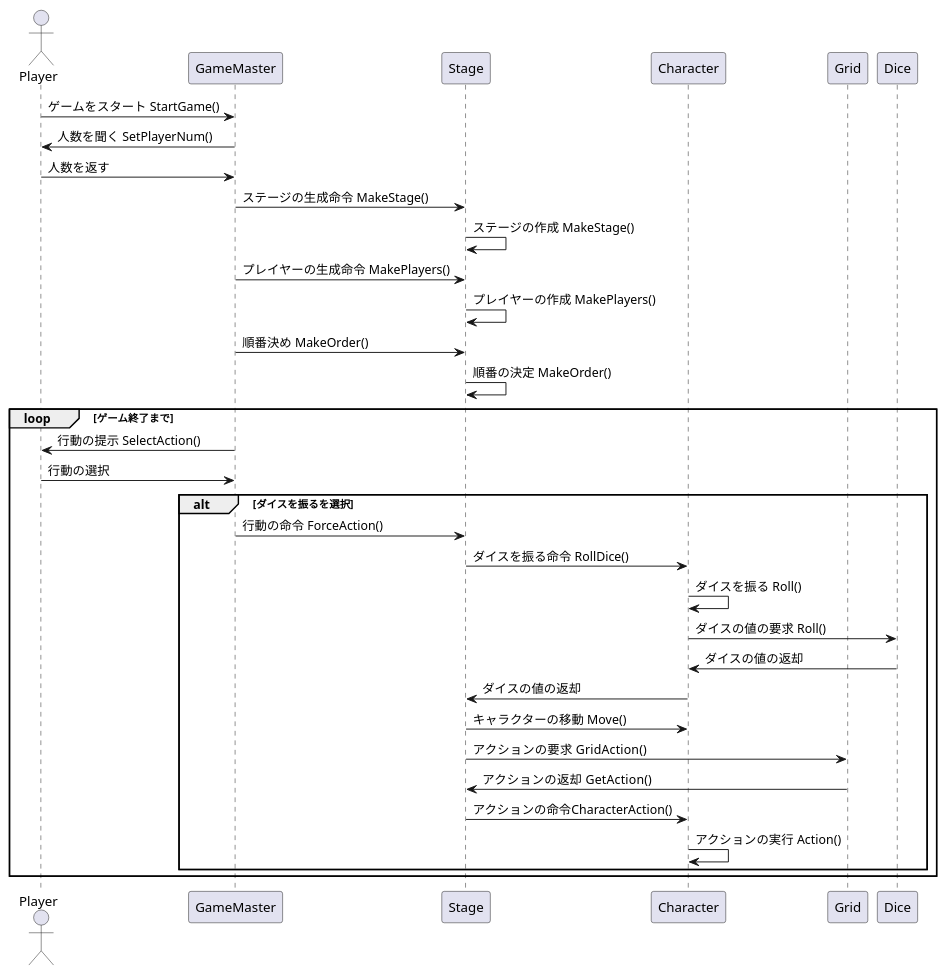
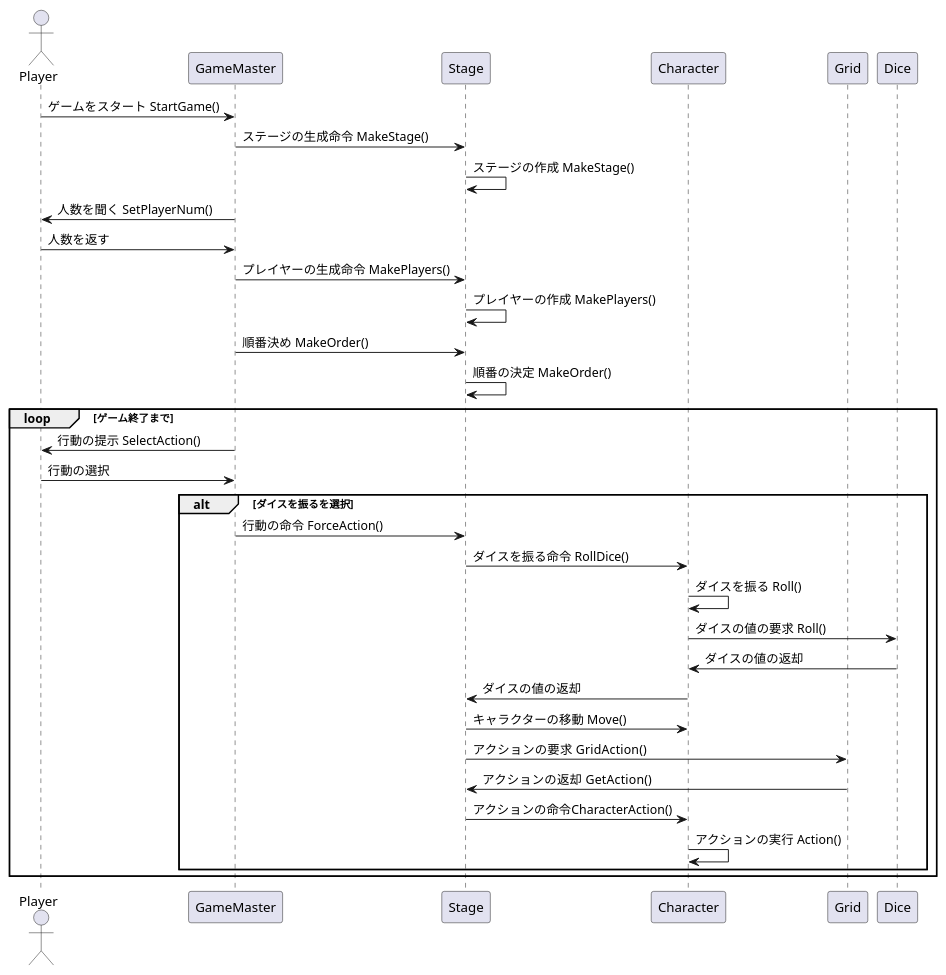
Before and after one commit to Hikaru-Tokuzato/-project: the diagram in すごろくproject/Assets/sugoroku.puml, drawn with PlantUML. The commit also changed other lines of this file, not shown here.

Commit message:
fix sequence DIagram

```diff
--- a/すごろくproject/Assets/sugoroku.puml
+++ b/すごろくproject/Assets/sugoroku.puml
@@ -1,40 +1,40 @@
 @startuml
 actor Player
 participant GameMaster
 participant Stage
 participant Character
 participant Grid
 participant Dice
 
 Player -> GameMaster : ゲームをスタート StartGame()
+GameMaster -> Stage : ステージの生成命令 MakeStage()
+Stage -> Stage : ステージの作成 MakeStage()
 GameMaster -> Player : 人数を聞く SetPlayerNum()
 Player -> GameMaster : 人数を返す
-GameMaster -> Stage : ステージの生成命令 MakeStage()
-Stage -> Stage : ステージの作成 MakeStage()
 GameMaster -> Stage : プレイヤーの生成命令 MakePlayers()
 Stage -> Stage : プレイヤーの作成 MakePlayers()
 GameMaster -> Stage : 順番決め MakeOrder()
 Stage -> Stage : 順番の決定 MakeOrder()
 loop ゲーム終了まで
     GameMaster -> Player : 行動の提示 SelectAction()
     Player -> GameMaster : 行動の選択
     alt ダイスを振るを選択
         GameMaster -> Stage : 行動の命令 ForceAction() 
         Stage -> Character : ダイスを振る命令 RollDice()
         Character -> Character : ダイスを振る Roll()
         Character -> Dice : ダイスの値の要求 Roll()
         Dice -> Character : ダイスの値の返却
         Character -> Stage : ダイスの値の返却
         Stage -> Character : キャラクターの移動 Move()
         Stage -> Grid : アクションの要求  GridAction()
         Grid -> Stage : アクションの返却  GetAction()
         Stage -> Character : アクションの命令CharacterAction()
         Character -> Character : アクションの実行 Action()
     end
 end
 
 
 
 
 
 @enduml
```
